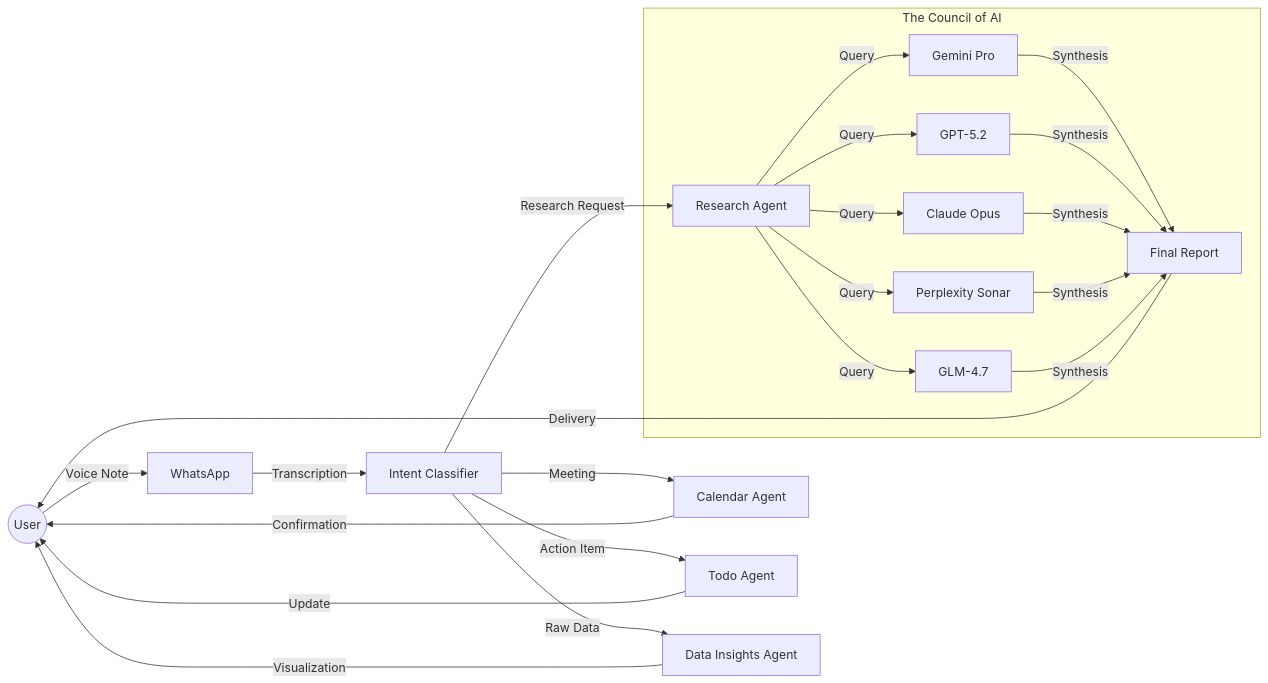
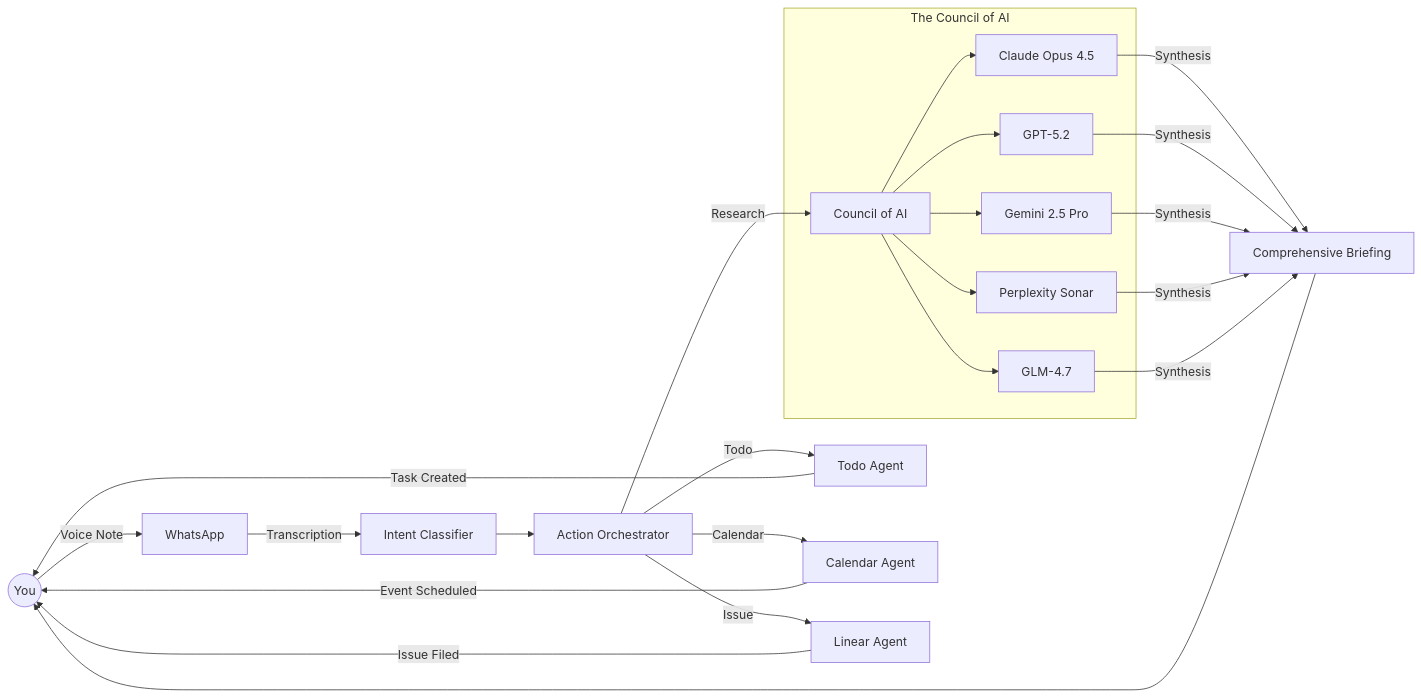
The diagram in README.md (pbuchman/praxos), drawn with Mermaid before and after one commit. The commit also changed other lines of this file and 25 other files, not shown here.

````diff
--- a/README.md
+++ b/README.md
@@ -34,24 +35,26 @@
 ```mermaid
 graph LR
-    User((User)) -->|Voice Note| WA[WhatsApp]
-    WA -->|Transcription| Class[Intent Classifier]
+    U((You)) -->|Voice Note| WA[WhatsApp]
+    WA -->|Transcription| CMD[Intent Classifier]
 
-    Class -->|Research Request| Res[Research Agent]
-    Class -->|Meeting| Cal[Calendar Agent]
-    Class -->|Action Item| Todo[Todo Agent]
-    Class -->|Raw Data| Data[Data Insights Agent]
+    CMD --> AA[Action Orchestrator]
+
+    AA -->|"Research"| Council[Council of AI]
+    AA -->|"Todo"| Todos[Todo Agent]
+    AA -->|"Calendar"| Cal[Calendar Agent]
+    AA -->|"Issue"| Linear[Linear Agent]
 
     subgraph "The Council of AI"
-        Res -->|Query| Gemini[Gemini Pro]
-        Res -->|Query| GPT[GPT-5.2]
-        Res -->|Query| CL[Claude Opus]
-        Res -->|Query| PPL[Perplexity Sonar]
-        Res -->|Query| ZAI[GLM-4.7]
-        Gemini & GPT & CL & PPL & ZAI -->|Synthesis| Rep[Final Report]
+        Council --> Claude[Claude Opus 4.5]
+        Council --> GPT[GPT-5.2]
+        Council --> Gemini[Gemini 2.5 Pro]
+        Council --> Sonar[Perplexity Sonar]
+        Council --> GLM[GLM-4.7]
     end
 
-    Rep -->|Delivery| User
-    Cal -->|Confirmation| User
-    Todo -->|Update| User
-    Data -->|Visualization| User
+    Claude & GPT & Gemini & Sonar & GLM -->|Synthesis| Report[Comprehensive Briefing]
+    Report --> U
+    Todos -->|"Task Created"| U
+    Cal -->|"Event Scheduled"| U
+    Linear -->|"Issue Filed"| U
 ```
````
